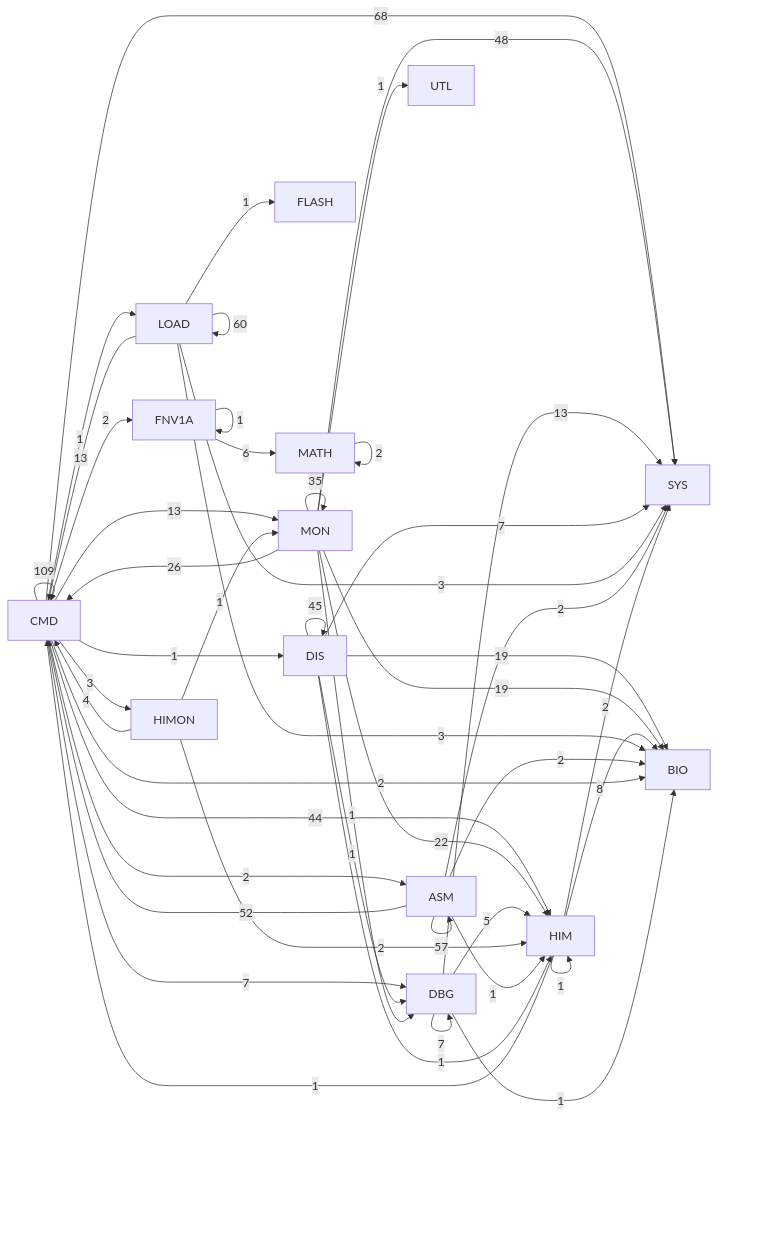
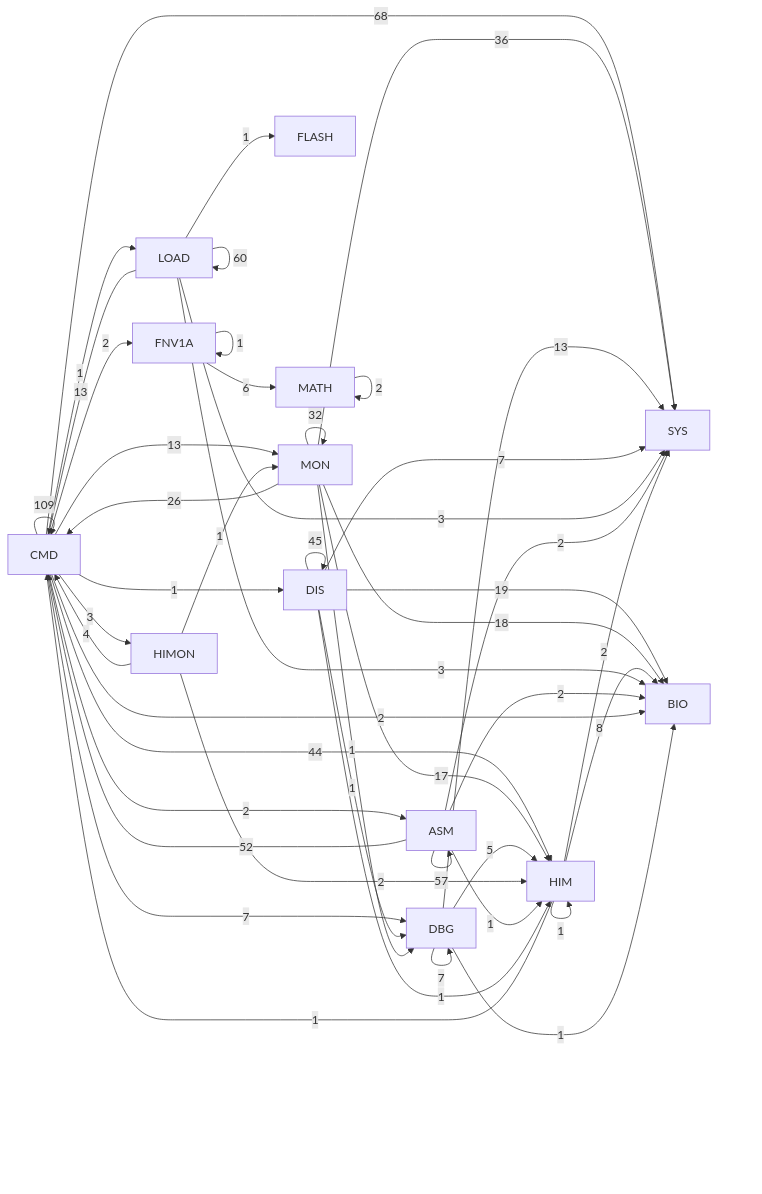
The diagram in DOC/GENERATED/HIMON_SUPPORT_MAP.md (95westus/R-YORS), drawn with Mermaid before and after one commit. The commit also changed other lines of this file and 12 other files, not shown here.

````diff
--- a/DOC/GENERATED/HIMON_SUPPORT_MAP.md
+++ b/DOC/GENERATED/HIMON_SUPPORT_MAP.md
@@ -10,50 +10,49 @@
 ```mermaid
 flowchart LR
     P_CMD[CMD] -->|109| P_CMD[CMD]
     P_CMD[CMD] -->|68| P_SYS[SYS]
     P_LOAD[LOAD] -->|60| P_LOAD[LOAD]
     P_ASM[ASM] -->|57| P_ASM[ASM]
     P_ASM[ASM] -->|52| P_CMD[CMD]
-    P_MON[MON] -->|48| P_SYS[SYS]
     P_DIS[DIS] -->|45| P_DIS[DIS]
     P_CMD[CMD] -->|44| P_HIM[HIM]
-    P_MON[MON] -->|35| P_MON[MON]
+    P_MON[MON] -->|36| P_SYS[SYS]
+    P_MON[MON] -->|32| P_MON[MON]
     P_MON[MON] -->|26| P_CMD[CMD]
-    P_MON[MON] -->|22| P_HIM[HIM]
     P_DIS[DIS] -->|19| P_BIO[BIO]
-    P_MON[MON] -->|19| P_BIO[BIO]
+    P_MON[MON] -->|18| P_BIO[BIO]
+    P_MON[MON] -->|17| P_HIM[HIM]
     P_CMD[CMD] -->|13| P_MON[MON]
     P_DBG[DBG] -->|13| P_SYS[SYS]
     P_LOAD[LOAD] -->|13| P_CMD[CMD]
     P_HIM[HIM] -->|8| P_BIO[BIO]
     P_CMD[CMD] -->|7| P_DBG[DBG]
     P_DBG[DBG] -->|7| P_DBG[DBG]
     P_DIS[DIS] -->|7| P_SYS[SYS]
     P_FNV1A[FNV1A] -->|6| P_MATH[MATH]
     P_DBG[DBG] -->|5| P_HIM[HIM]
     P_HIMON[HIMON] -->|4| P_CMD[CMD]
     P_CMD[CMD] -->|3| P_HIMON[HIMON]
     P_LOAD[LOAD] -->|3| P_BIO[BIO]
     P_LOAD[LOAD] -->|3| P_SYS[SYS]
     P_ASM[ASM] -->|2| P_BIO[BIO]
     P_ASM[ASM] -->|2| P_SYS[SYS]
     P_CMD[CMD] -->|2| P_ASM[ASM]
     P_CMD[CMD] -->|2| P_BIO[BIO]
     P_CMD[CMD] -->|2| P_FNV1A[FNV1A]
     P_HIM[HIM] -->|2| P_SYS[SYS]
     P_HIMON[HIMON] -->|2| P_HIM[HIM]
     P_MATH[MATH] -->|2| P_MATH[MATH]
     P_ASM[ASM] -->|1| P_HIM[HIM]
     P_CMD[CMD] -->|1| P_DIS[DIS]
     P_CMD[CMD] -->|1| P_LOAD[LOAD]
     P_DBG[DBG] -->|1| P_BIO[BIO]
     P_DIS[DIS] -->|1| P_DBG[DBG]
     P_DIS[DIS] -->|1| P_HIM[HIM]
     P_FNV1A[FNV1A] -->|1| P_FNV1A[FNV1A]
     P_HIM[HIM] -->|1| P_CMD[CMD]
     P_HIM[HIM] -->|1| P_HIM[HIM]
     P_HIMON[HIMON] -->|1| P_MON[MON]
     P_LOAD[LOAD] -->|1| P_FLASH[FLASH]
     P_MON[MON] -->|1| P_DBG[DBG]
-    P_MON[MON] -->|1| P_UTL[UTL]
 ```
````
